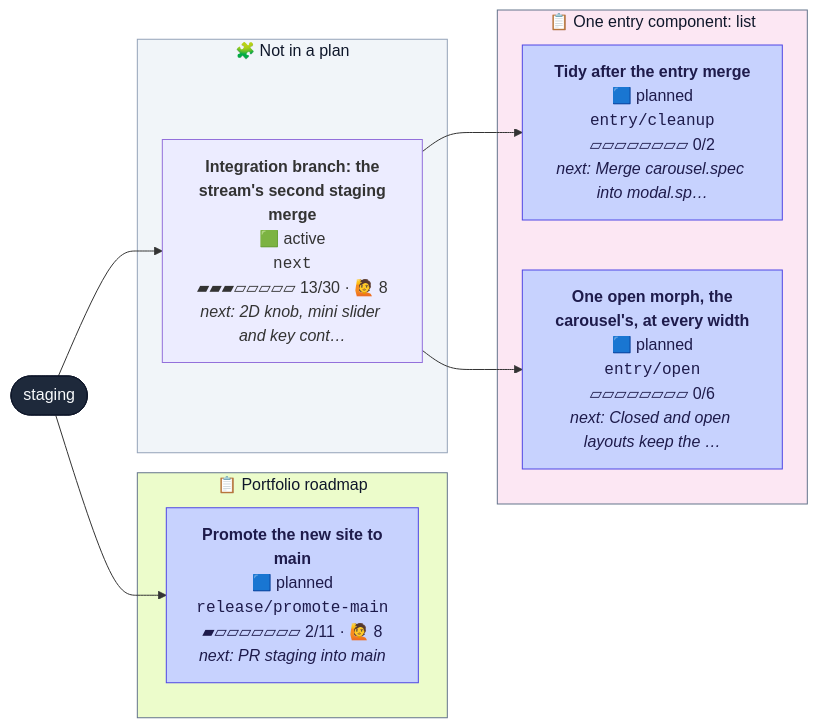
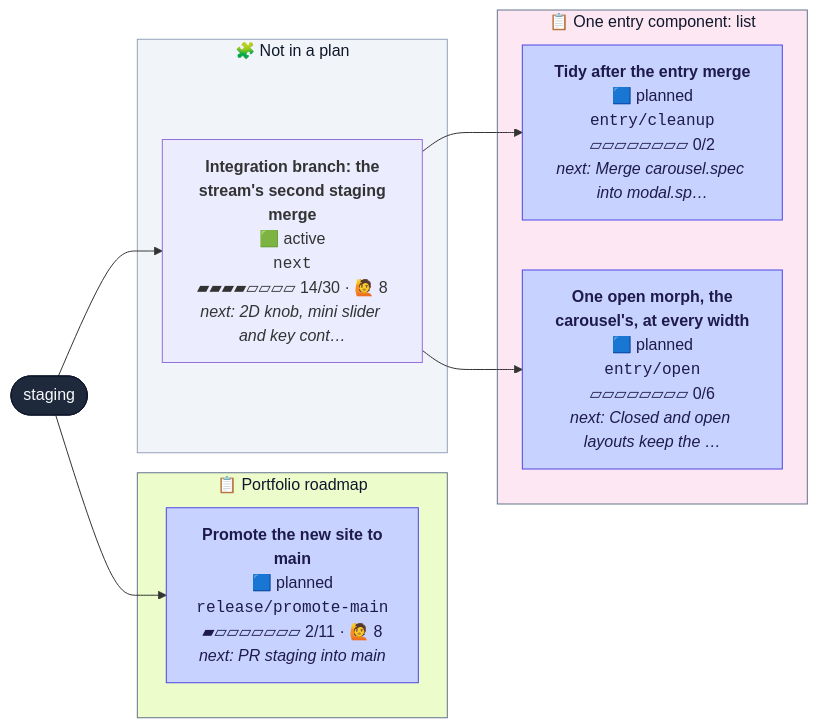
The second of 2 diagrams in CONTRIBUTING.md (henryjonescodes/portfolio), drawn with Mermaid before and after one commit. The commit also changed other lines of this file, not shown here.

````diff
--- a/CONTRIBUTING.md
+++ b/CONTRIBUTING.md
@@ -37,33 +37,33 @@
 ```mermaid
 flowchart LR
   n_staging([staging])
   class n_staging trunk
   subgraph plan_1["📋 One entry component: list"]
     n_entry_cleanup["<b>Tidy after the entry merge</b><br/>🟦 planned<br/><code>entry/cleanup</code><br/>▱▱▱▱▱▱▱▱ 0/2<br/><i>next: Merge carousel.spec into modal.sp…</i>"]
     class n_entry_cleanup planned
     n_entry_open["<b>One open morph, the<br/>carousel's, at every width</b><br/>🟦 planned<br/><code>entry/open</code><br/>▱▱▱▱▱▱▱▱ 0/6<br/><i>next: Closed and open layouts keep the …</i>"]
     class n_entry_open planned
   end
   style plan_1 fill:#fce7f3,stroke:#64748b,color:#0f172a
   subgraph plan_2["📋 Portfolio roadmap"]
     n_release_promote_main["<b>Promote the new site to<br/>main</b><br/>🟦 planned<br/><code>release/promote-main</code><br/>▰▱▱▱▱▱▱▱ 2/11 · 🙋 8<br/><i>next: PR staging into main</i>"]
     class n_release_promote_main planned
   end
   style plan_2 fill:#ecfccb,stroke:#64748b,color:#0f172a
   subgraph loose["🧩 Not in a plan"]
-    n_next["<b>Integration branch: the<br/>stream's second staging<br/>merge</b><br/>🟩 active<br/><code>next</code><br/>▰▰▰▱▱▱▱▱ 13/30 · 🙋 8<br/><i>next: 2D knob, mini slider and key cont…</i>"]
+    n_next["<b>Integration branch: the<br/>stream's second staging<br/>merge</b><br/>🟩 active<br/><code>next</code><br/>▰▰▰▰▱▱▱▱ 14/30 · 🙋 8<br/><i>next: 2D knob, mini slider and key cont…</i>"]
     class n_next active,current
   end
   style loose fill:#f1f5f9,stroke:#94a3b8,color:#0f172a
   n_next --> n_entry_cleanup
   n_next --> n_entry_open
   n_staging --> n_next
   n_staging --> n_release_promote_main
   classDef planned fill:#c7d2fe,stroke:#4f46e5,color:#1e1b4b
   classDef sketched fill:#f8fafc,stroke:#64748b,stroke-dasharray:4 3,color:#334155
   classDef active fill:#bbf7d0,stroke:#16a34a,stroke-width:3px,color:#052e16
   classDef review fill:#fde68a,stroke:#d97706,stroke-width:3px,color:#451a03
   classDef blocked fill:#fecaca,stroke:#dc2626,stroke-width:3px,color:#450a0a
   classDef trunk fill:#1e293b,stroke:#0f172a,color:#f8fafc
   classDef current stroke:#0ea5e9,stroke-width:5px
 ```
````
